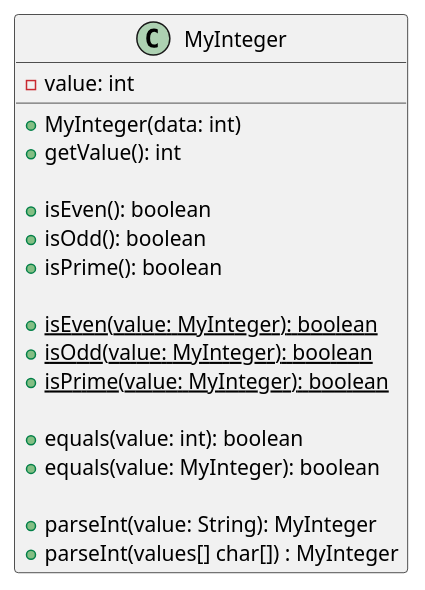
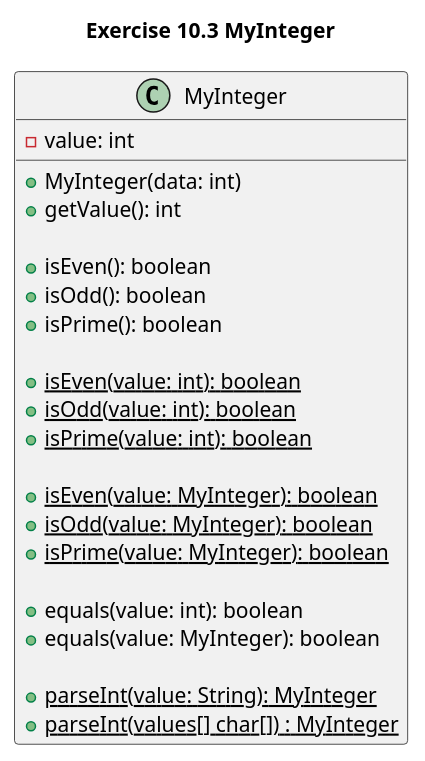
The diagram in Introduction_to_Java_Programming/src/main/java/chapter10/exercise/exercise10_03/MyIntegerDiagram.puml (emaphis/Introduction_to_Java_Programming), drawn with PlantUML before and after one commit. The commit also changed 9 other files, not shown here.

```diff
--- a/Introduction_to_Java_Programming/src/main/java/chapter10/exercise/exercise10_03/MyIntegerDiagram.puml
+++ b/Introduction_to_Java_Programming/src/main/java/chapter10/exercise/exercise10_03/MyIntegerDiagram.puml
@@ -1,22 +1,27 @@
-@startuml
+@startuml exercise10.3
+title Exercise 10.3 MyInteger
 class MyInteger {
     -value: int
 
     +MyInteger(data: int)
     +getValue(): int
 
     +isEven(): boolean
     +isOdd(): boolean
     +isPrime(): boolean
 
+    +{static} isEven(value: int): boolean
+    +{static} isOdd(value: int): boolean
+    +{static} isPrime(value: int): boolean
+
     +{static} isEven(value: MyInteger): boolean
     +{static} isOdd(value: MyInteger): boolean
     +{static} isPrime(value: MyInteger): boolean
 
     +equals(value: int): boolean
     +equals(value: MyInteger): boolean
 
-    +parseInt(value: String): MyInteger
-    +parseInt(values[] char[]) : MyInteger
+    +{static}parseInt(value: String): MyInteger
+    +{static}parseInt(values[] char[]) : MyInteger
 }
 @enduml
```
